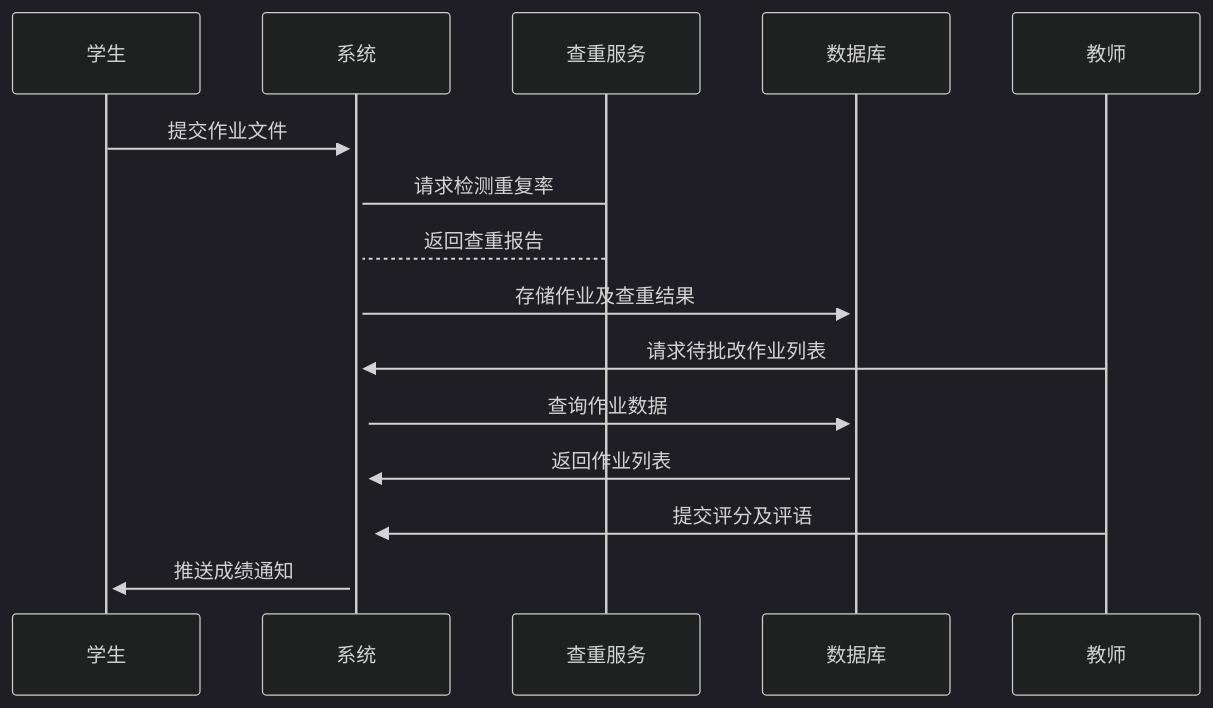
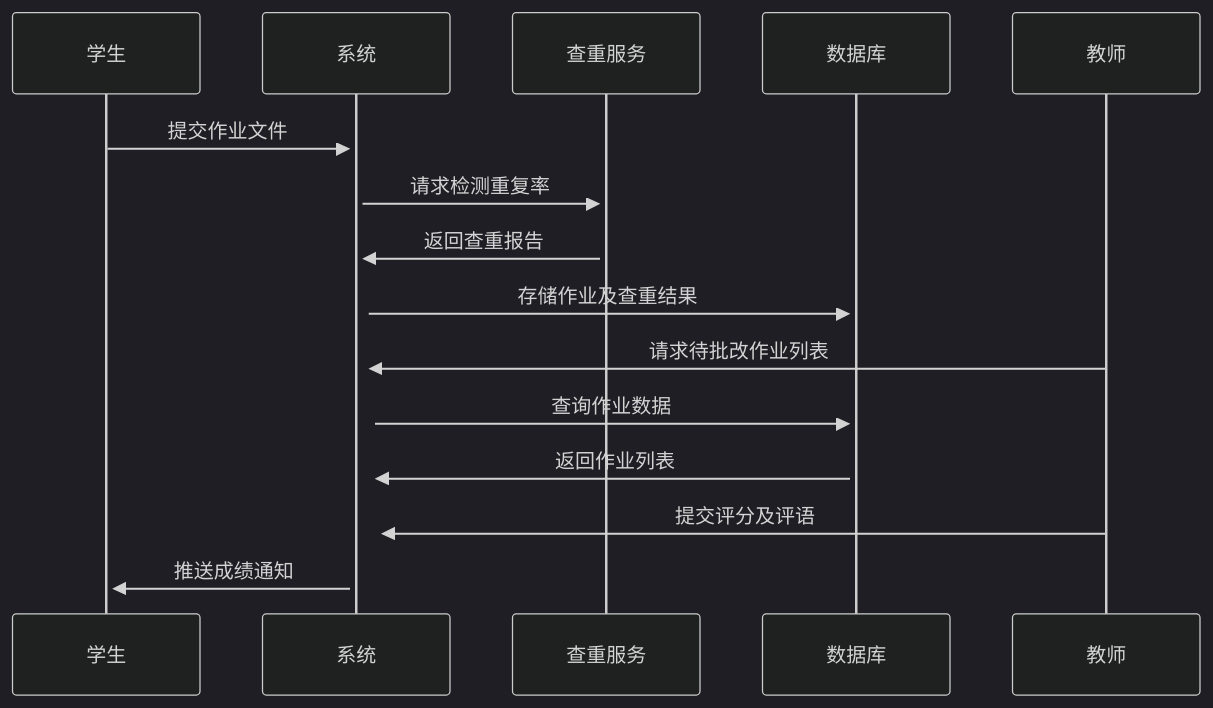
The diagram in all/未命名-1.md (YOAyes/iodraw-files), drawn with Mermaid (dark theme) before and after one commit.

Commit message:
2025-05-08 20:03:08 update

````diff
--- a/all/未命名-1.md
+++ b/all/未命名-1.md
@@ -1,13 +1,13 @@
 ```mermaid
 sequenceDiagram
 学生 ->>+ 系统: 提交作业文件
-系统 -> 查重服务: 请求检测重复率
-查重服务 --> 系统: 返回查重报告
+系统 ->>+ 查重服务: 请求检测重复率
+查重服务 ->>+ 系统: 返回查重报告
 系统 ->>+ 数据库: 存储作业及查重结果
 教师 ->>+ 系统: 请求待批改作业列表
 系统 ->>+ 数据库: 查询作业数据
 数据库 ->>+ 系统: 返回作业列表
 教师 ->>+ 系统: 提交评分及评语
 系统 ->>+ 学生: 推送成绩通知
 
 ```
````
